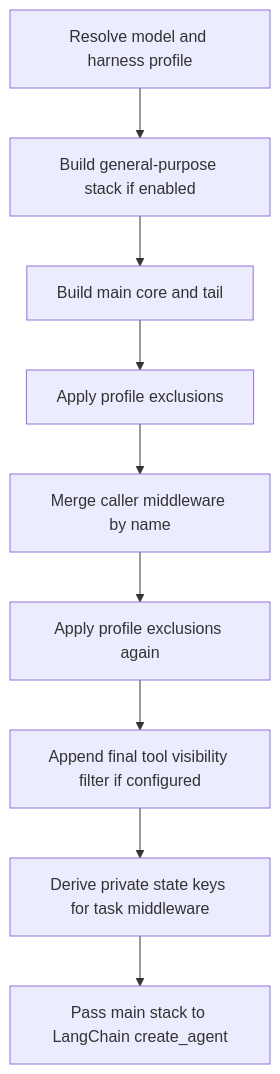
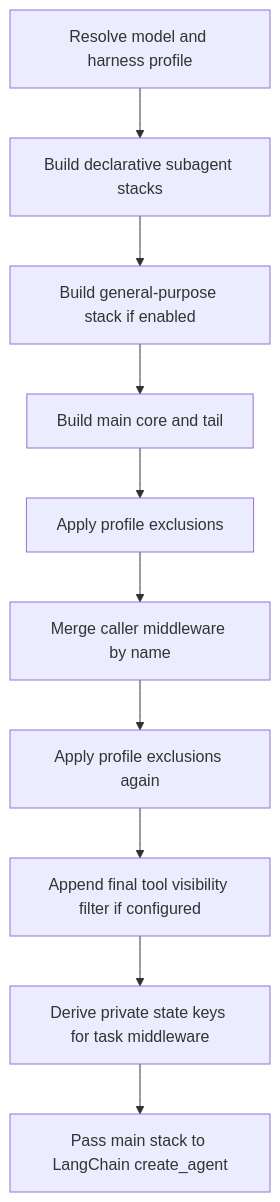
One commit to langchain-ai/deepagents changed the diagram in openwiki/architecture/middleware-stack.md. Above: the diagram before and after it, drawn with Mermaid. The commit also changed other lines of this file and 44 other files, not shown here.

````diff
--- a/openwiki/architecture/middleware-stack.md
+++ b/openwiki/architecture/middleware-stack.md
@@ -45,11 +39,12 @@
 ```mermaid
 flowchart TD
-    Resolve["Resolve model and harness profile"] --> BuildGP["Build general-purpose stack if enabled"]
+    Resolve["Resolve model and harness profile"] --> BuildSpecs["Build declarative subagent stacks"]
+    BuildSpecs --> BuildGP["Build general-purpose stack if enabled"]
     BuildGP --> BuildMain["Build main core and tail"]
     BuildMain --> FirstFilter["Apply profile exclusions"]
     FirstFilter --> Merge["Merge caller middleware by name"]
     Merge --> SecondFilter["Apply profile exclusions again"]
     SecondFilter --> ToolFilter["Append final tool visibility filter if configured"]
     ToolFilter --> State["Derive private state keys for task middleware"]
     State --> Runtime["Pass main stack to LangChain create_agent"]
 ```
````
